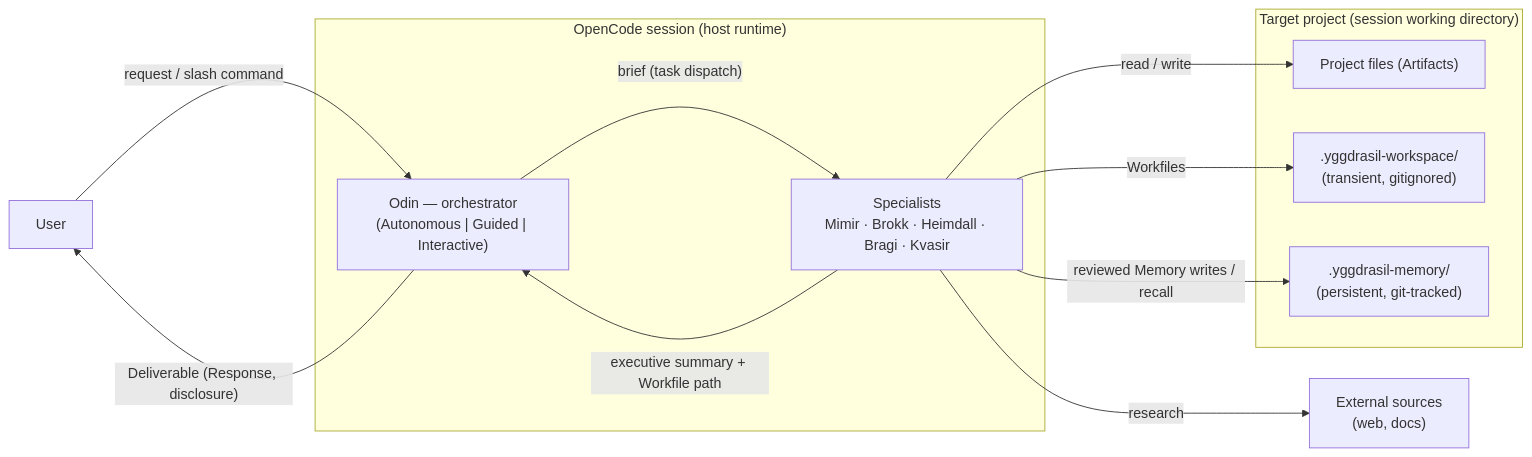
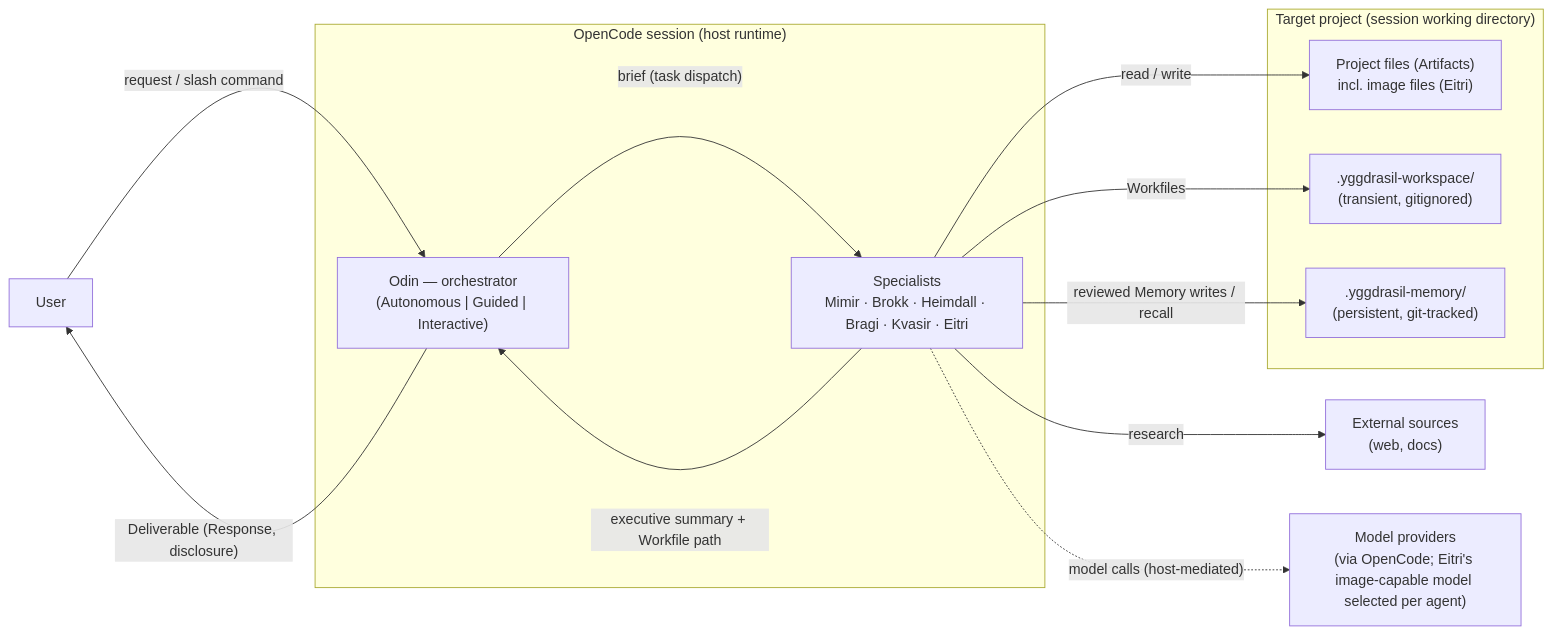
One commit to nstucki/yggdrasil changed the diagram in docs/architecture/03-context-and-scope/01-context-and-scope.md. Above: the diagram before and after it, drawn with Mermaid. The commit also changed other lines of this file and 31 other files, not shown here.

Commit message:
docs: persist eitri architecture decisions and updates

````diff
--- a/docs/architecture/03-context-and-scope/01-context-and-scope.md
+++ b/docs/architecture/03-context-and-scope/01-context-and-scope.md
@@ -9,23 +9,25 @@
 ```mermaid
 flowchart LR
     User["User"]
     subgraph OC["OpenCode session (host runtime)"]
         Odin["Odin — orchestrator<br/>(Autonomous | Guided | Interactive)"]
-        Spec["Specialists<br/>Mimir · Brokk · Heimdall · Bragi · Kvasir"]
+        Spec["Specialists<br/>Mimir · Brokk · Heimdall · Bragi · Kvasir · Eitri"]
     end
     subgraph Proj["Target project (session working directory)"]
-        Files["Project files (Artifacts)"]
+        Files["Project files (Artifacts)<br/>incl. image files (Eitri)"]
         WS[".yggdrasil-workspace/<br/>(transient, gitignored)"]
         Mem[".yggdrasil-memory/<br/>(persistent, git-tracked)"]
     end
     Ext["External sources<br/>(web, docs)"]
+    Prov["Model providers<br/>(via OpenCode; Eitri's image-capable model selected per agent)"]
 
     User -- "request / slash command" --> Odin
     Odin -- "Deliverable (Response, disclosure)" --> User
     Odin -- "brief (task dispatch)" --> Spec
     Spec -- "executive summary + Workfile path" --> Odin
     Spec -- "read / write" --> Files
     Spec -- "Workfiles" --> WS
     Spec -- "reviewed Memory writes / recall" --> Mem
     Spec -- "research" --> Ext
+    Spec -. "model calls (host-mediated)" .-> Prov
 ```
````
